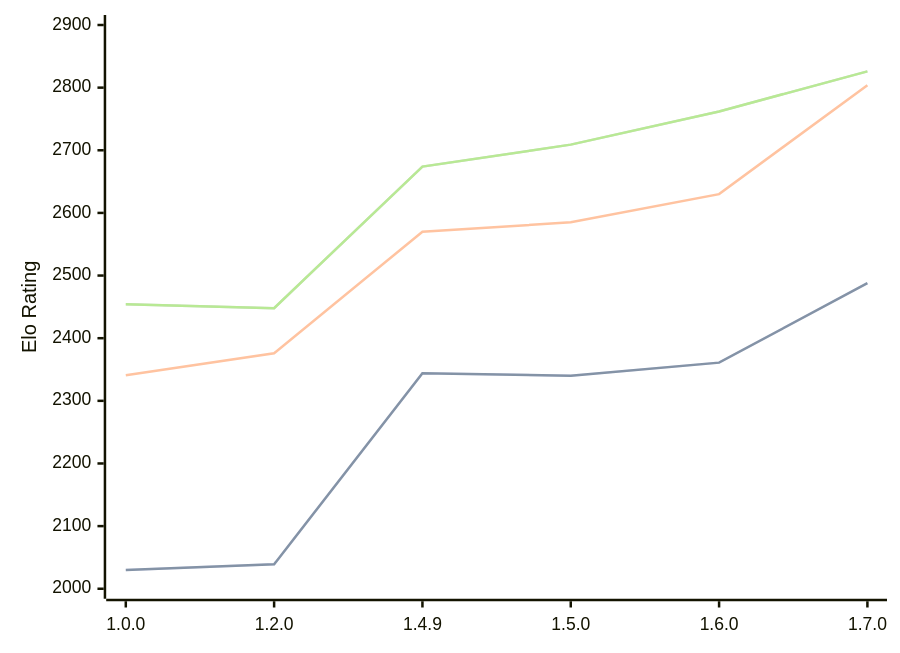
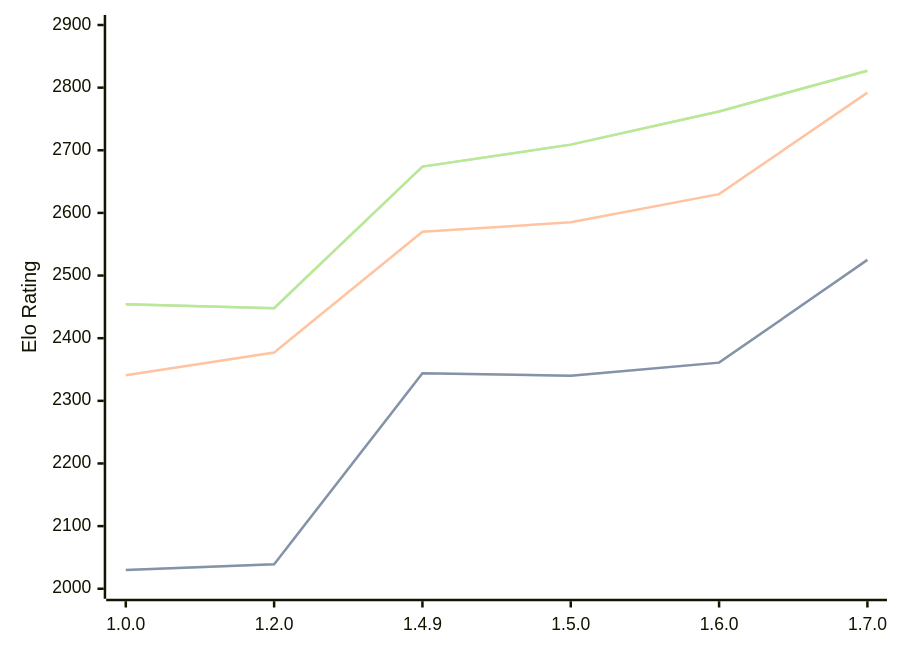
Before and after one commit to computer-chess-index/cci: the third of 3 diagrams in engines/Basilisk.md, drawn with Mermaid. The commit also changed other lines of this file, not shown here.

Commit message:
Update CCI Ratings (ELO VLTC) - 2026-06-30

````diff
--- a/engines/Basilisk.md
+++ b/engines/Basilisk.md
@@ -83,11 +83,11 @@
 ```mermaid
 %%{init: {"theme":"base","themeVariables":{"seriesColors:['#a3a3a3','#222221','#faa371']}}}%%
 xychart-beta
   x-axis ["1.0.0", "1.2.0", "1.4.9", "1.5.0", "1.6.0", "1.7.0"]
   y-axis "Elo Rating" 2000 --> 2900
-  line "STC (8.0+0.08s)" [2030, 2039, 2344, 2340, 2361, 2488]
-  line "STC (8.0+0.08s)" [2030, 2039, 2344, 2340, 2361, 2488]
-  line "LTC (60.0+0.60s)" [2341, 2376, 2570, 2585, 2630, 2804]
-  line "VLTC (2m24s+1.12s)" [2454, 2448, 2674, 2709, 2762, 2826]
-  line "VLTC (2m24s+1.12s)" [2454, 2448, 2674, 2709, 2762, 2826]
+  line "STC (8.0+0.08s)" [2030, 2039, 2344, 2340, 2361, 2525]
+  line "STC (8.0+0.08s)" [2030, 2039, 2344, 2340, 2361, 2525]
+  line "LTC (60.0+0.60s)" [2341, 2377, 2570, 2585, 2630, 2792]
+  line "VLTC (2m24s+1.12s)" [2454, 2448, 2674, 2709, 2762, 2827]
+  line "VLTC (2m24s+1.12s)" [2454, 2448, 2674, 2709, 2762, 2827]
 ```
````
